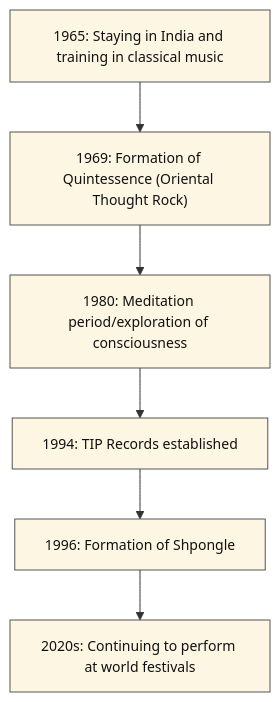
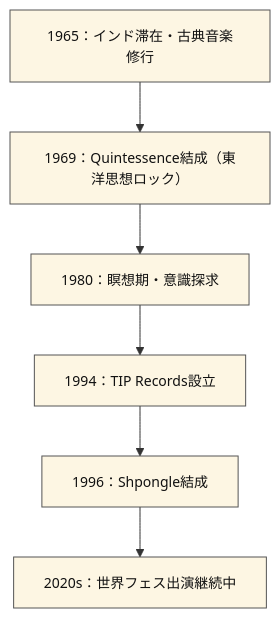
Before and after one commit to monumental-movement/monumental-movement.github.io: the fourth of 4 diagrams in en/_posts/2025-10-05-Column-Shpongle.md, drawn with Mermaid. The commit also changed other lines of this file and 775 other files, not shown here.

```diff
--- a/en/_posts/2025-10-05-Column-Shpongle.md
+++ b/en/_posts/2025-10-05-Column-Shpongle.md
@@ -166,13 +166,13 @@
 <div class="mermaid">
 
 flowchart TD
-  A1965["1965: Staying in India and training in classical music"] --> A1969["1969: Formation of Quintessence (Oriental Thought Rock)"]
-  A1969 --> A1980["1980: Meditation period/exploration of consciousness"]
-  A1980 --> A1994["1994: TIP Records established"]
-  A1994 --> A1996["1996: Formation of Shpongle"]
-  A1996 --> A2020["2020s: Continuing to perform at world festivals"]
+  A1965["1965：インド滞在・古典音楽修行"] --> A1969["1969：Quintessence結成（東洋思想ロック）"]
+  A1969 --> A1980["1980：瞑想期・意識探求"]
+  A1980 --> A1994["1994：TIP Records設立"]
+  A1994 --> A1996["1996：Shpongle結成"]
+  A1996 --> A2020["2020s：世界フェス出演継続中"]
 
   classDef node fill:#fdf6e3,stroke:#555,stroke-width:1px,color:#111,font-size:14px;
   class A1965,A1969,A1980,A1994,A1996,A2020 node;
 
 </div>
```
